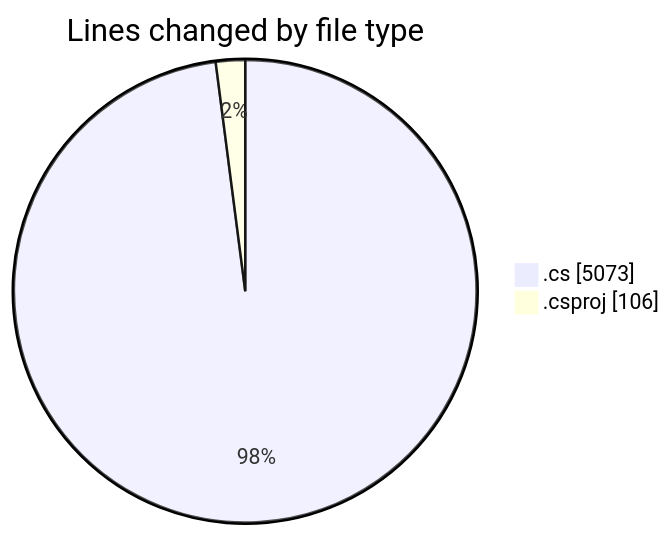
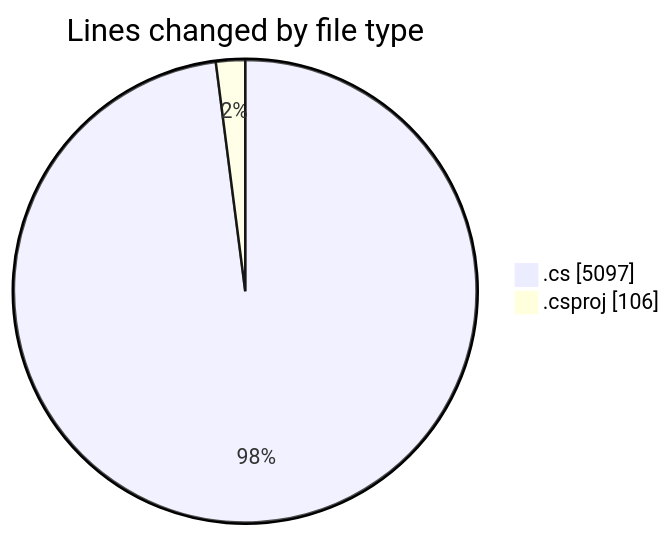
Before and after one commit to Netris89/code-tracking: the first of 2 diagrams in 2025-04-02/back-end/README.md, drawn with Mermaid. The commit also changed other lines of this file and 1 other file, not shown here.

````diff
--- a/2025-04-02/back-end/README.md
+++ b/2025-04-02/back-end/README.md
@@ -35,6 +35,6 @@
 ```mermaid
 pie showData
 title Lines changed by file type
-".cs" : 5073
+".cs" : 5097
 ".csproj" : 106
 ```
````
